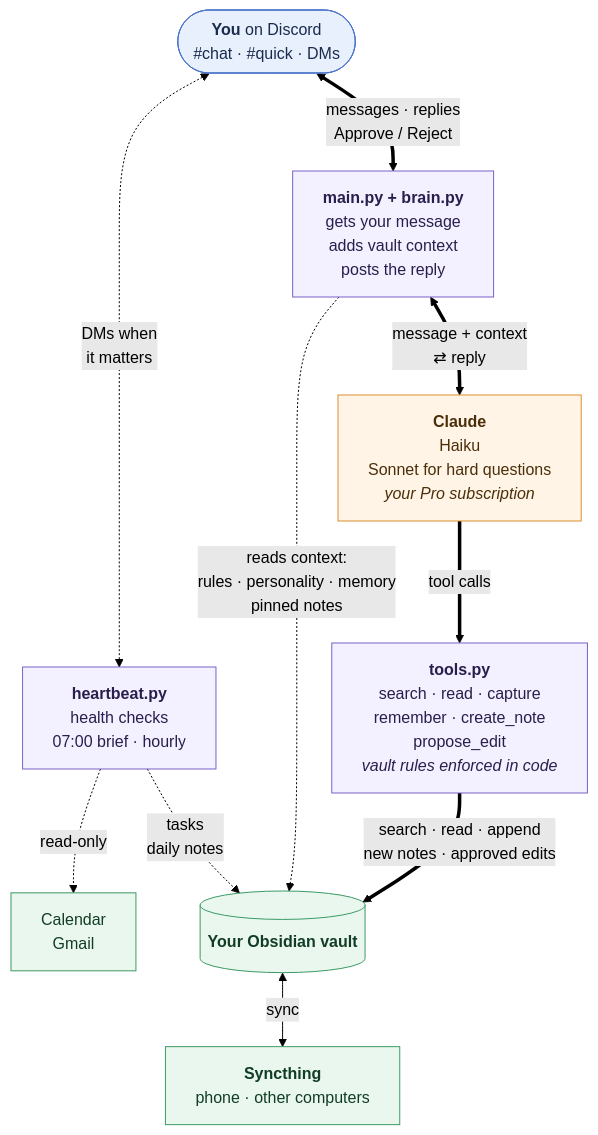
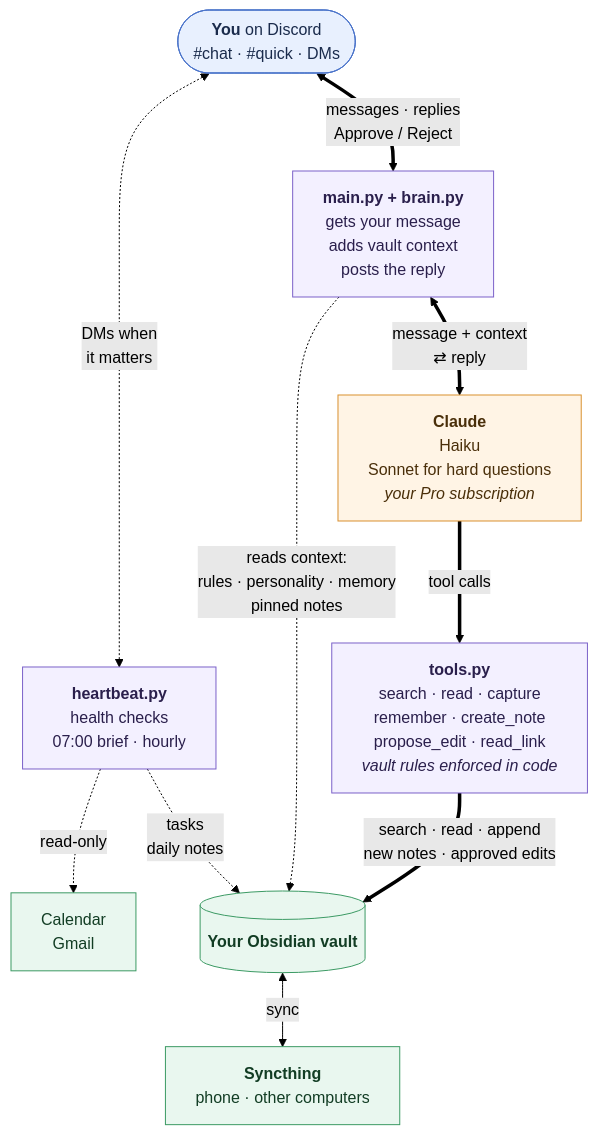
Before and after one commit to ianmllr/obsidian-memory-claude-assistant: the diagram in README.md, drawn with Mermaid (forest theme). The commit also changed other lines of this file and 9 other files, not shown here.

Commit message:
Add read_link: the assistant can read links you send it

````diff
--- a/README.md
+++ b/README.md
@@ -33,35 +34,35 @@
 ```mermaid
 flowchart TB
     You(["<b>You</b> on Discord<br/>#chat · #quick · DMs"])
 
     Bot["<b>main.py + brain.py</b><br/>gets your message<br/>adds vault context<br/>posts the reply"]
     Claude["<b>Claude</b><br/>Haiku<br/>Sonnet for hard questions<br/><i>your Pro subscription</i>"]
-    Tools["<b>tools.py</b><br/>search · read · capture<br/>remember · create_note<br/>propose_edit<br/><i>vault rules enforced in code</i>"]
+    Tools["<b>tools.py</b><br/>search · read · capture<br/>remember · create_note<br/>propose_edit · read_link<br/><i>vault rules enforced in code</i>"]
 
     HB["<b>heartbeat.py</b><br/>health checks<br/>07:00 brief · hourly"]
     Ext["Calendar<br/>Gmail"]
 
     Vault[("<b>Your Obsidian vault</b>")]
     Sync["<b>Syncthing</b><br/>phone · other computers"]
 
     You <==>|"messages · replies<br/>Approve / Reject"| Bot
     Bot <==>|"message + context<br/>⇄ reply"| Claude
     Claude ==>|"tool calls"| Tools
     Tools ==>|"search · read · append<br/>new notes · approved edits"| Vault
     Bot -.->|"reads context:<br/>rules · personality · memory<br/>pinned notes"| Vault
 
     You <-.->|"DMs when<br/>it matters"| HB
     HB -.->|"read-only"| Ext
     HB -.->|"tasks<br/>daily notes"| Vault
 
     Vault <-->|"sync"| Sync
 
     classDef you fill:#e8f0fe,stroke:#4a73c9,color:#1a2b4c
     classDef code fill:#f3f0ff,stroke:#7b61c9,color:#2a1f4c
     classDef ai fill:#fff4e5,stroke:#d9902f,color:#4a2f0a
     classDef data fill:#e9f7ef,stroke:#3c9a64,color:#123d24
     class You you
     class Bot,Tools,HB code
     class Claude ai
     class Vault,Sync,Ext data
 ```
````
